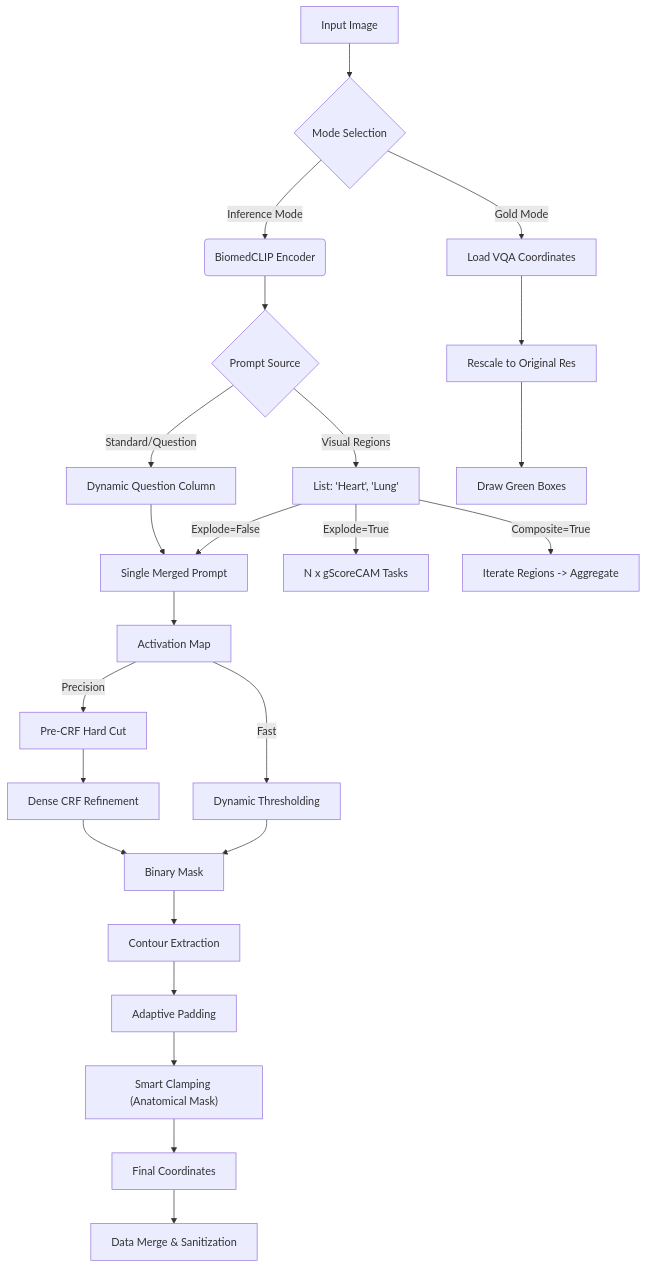
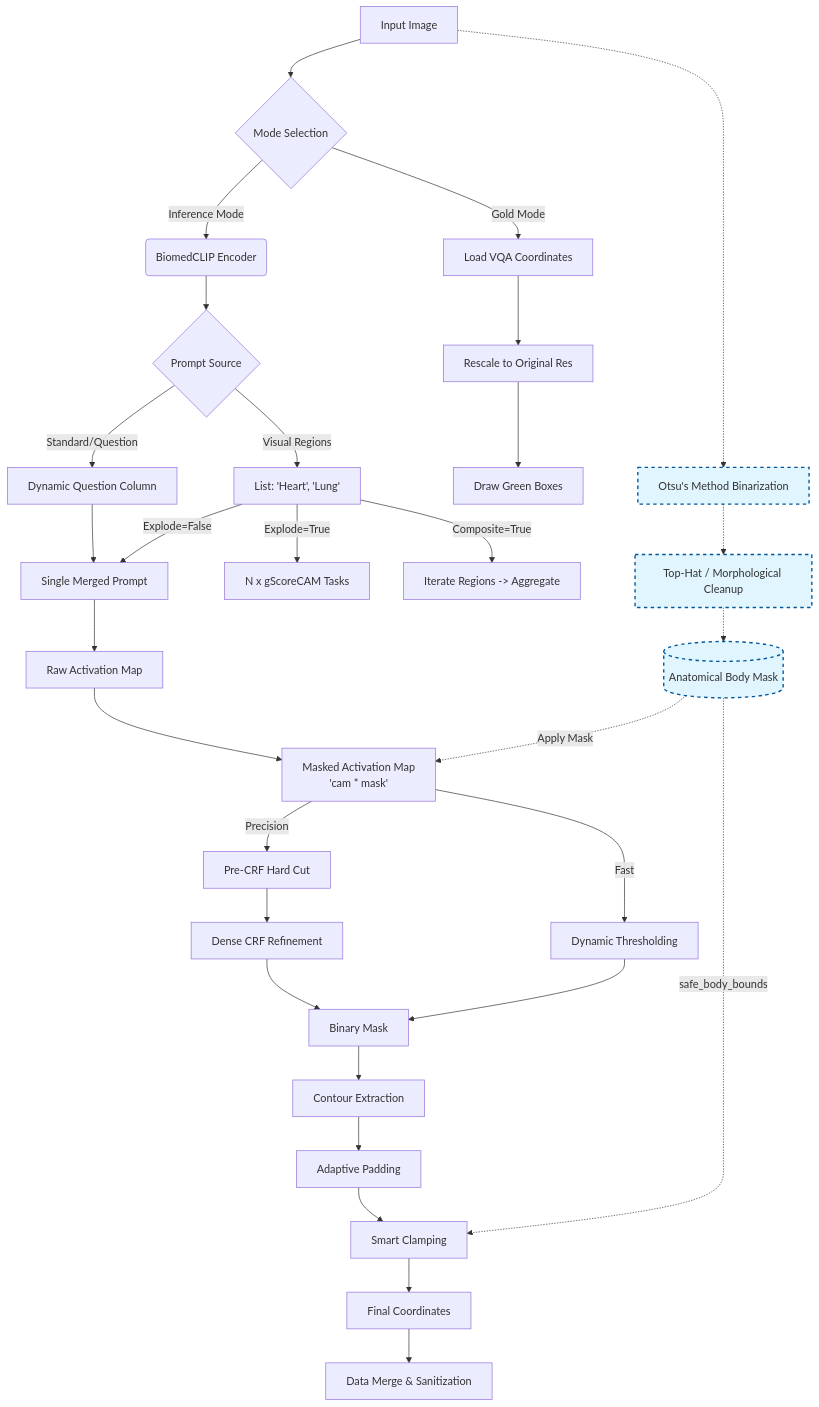
Before and after one commit to FrittatinaDiBucatini09/pipeline-vqa: the diagram in preprocessing/bounding_box/README.md, drawn with Mermaid.

Commit message:
Enhance README with anatomical masking module details
Added anatomical masking module to the flowchart in the README.

````diff
--- a/preprocessing/bounding_box/README.md
+++ b/preprocessing/bounding_box/README.md
@@ -17,38 +17,55 @@
 ```mermaid
 graph TD
     A[Input Image] --> B{Mode Selection};
+
+    %% === NUOVO RAMO: ANATOMICAL MASKING MODULE ===
+    A -.-> AM1[Otsu's Method Binarization]
+    AM1 -.-> AM2[Top-Hat / Morphological Cleanup]
+    AM2 -.-> AM3[(Anatomical Body Mask)]
 
     %% Inference Path
     B -- Inference Mode --> C(BiomedCLIP Encoder);
     C --> D{Prompt Source};
     D -- Standard/Question --> T1["Dynamic Question Column"];
     D -- Visual Regions --> T2["List: 'Heart', 'Lung'"];
     
     T1 --> E{gScoreCAM};
     T2 -- Explode=False --> E[Single Merged Prompt];
     T2 -- Explode=True --> E_Multi["N x gScoreCAM Tasks"];
     T2 -- Composite=True --> E_Comp["Iterate Regions -> Aggregate"];
 
-    E --> F[Activation Map];
+    E --> F[Raw Activation Map];
     
+    %% === CAM FUSION (Qui agisce Otsu la prima volta) ===
+    F --> F_FUSION[Masked Activation Map \n 'cam * mask']
+    AM3 -. "Apply Mask" .-> F_FUSION
+
     %% Post-Processing
-    F -- Precision --> G[Pre-CRF Hard Cut];
+    F_FUSION -- Precision --> G[Pre-CRF Hard Cut];
     G --> H[Dense CRF Refinement];
     H --> I[Binary Mask];
     
-    F -- Fast --> J[Dynamic Thresholding];
+    F_FUSION -- Fast --> J[Dynamic Thresholding];
     J --> I;
 
     %% Gold Path
     B -- Gold Mode --> K[Load VQA Coordinates];
     K --> L[Rescale to Original Res];
     L --> M[Draw Green Boxes];
 
     %% Final Output
     I --> N[Contour Extraction];
     N --> Q[Adaptive Padding];
-    Q --> R["Smart Clamping (Anatomical Mask)"];
+    Q --> R["Smart Clamping"];
+    
+    %% === SMART CLAMPING (Qui agisce Otsu la seconda volta) ===
+    AM3 -. "safe_body_bounds" .-> R
+    
     R --> O[Final Coordinates];
     O --> P["Data Merge & Sanitization"];
 
+    %% Stili per far risaltare l'elaborazione dell'immagine
+    classDef maskLogic fill:#e1f5fe,stroke:#01579b,stroke-width:2px,stroke-dasharray: 5 5;
+    class AM1,AM2,AM3 maskLogic;
+
 ```
````
